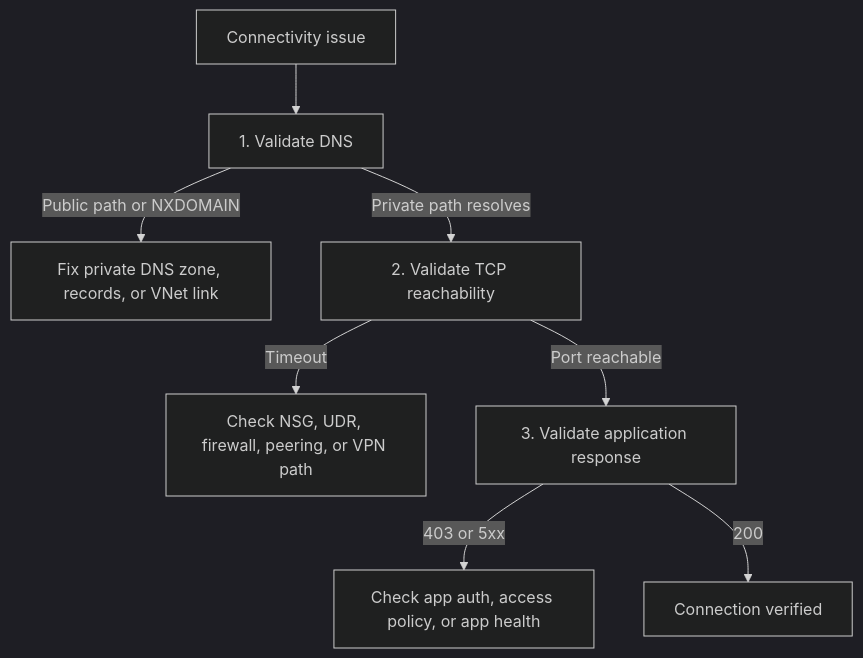
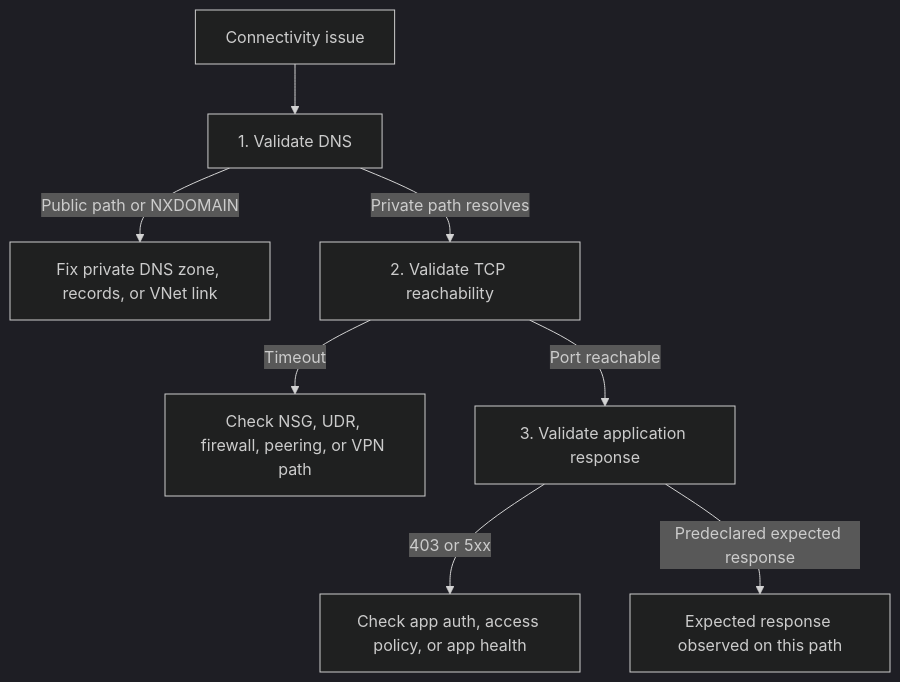
One commit to yeongseon/azure-app-service-practical-guide changed the third of 3 diagrams in docs/operations/networking.md. Above: the diagram before and after it, drawn with Mermaid (dark theme). The commit also changed other lines of this file and 11 other files, not shown here.

````diff
--- a/docs/operations/networking.md
+++ b/docs/operations/networking.md
@@ -439,10 +433,10 @@
 ```mermaid
 flowchart TD
     Start[Connectivity issue] --> DNS[1. Validate DNS]
     DNS -->|Public path or NXDOMAIN| DNSFix[Fix private DNS zone, records, or VNet link]
     DNS -->|Private path resolves| TCP[2. Validate TCP reachability]
     TCP -->|Timeout| RouteFix[Check NSG, UDR, firewall, peering, or VPN path]
     TCP -->|Port reachable| HTTP[3. Validate application response]
     HTTP -->|403 or 5xx| AppFix[Check app auth, access policy, or app health]
-    HTTP -->|200| Done[Connection verified]
+    HTTP -->|Predeclared expected response| Done[Expected response observed on this path]
 ```
````
